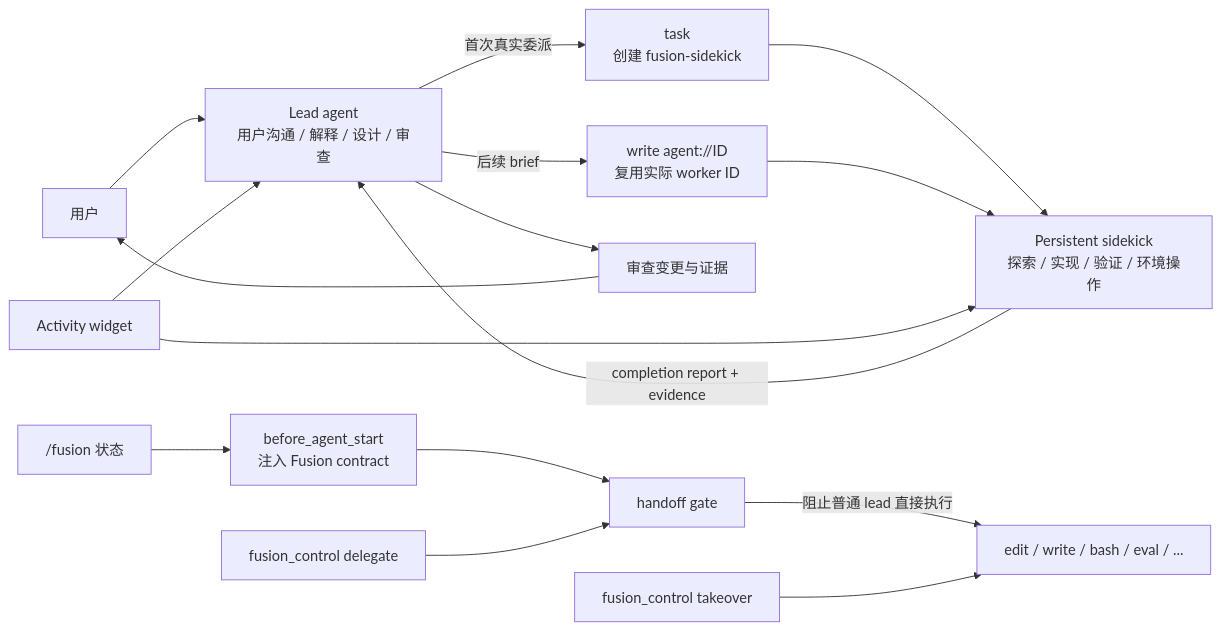
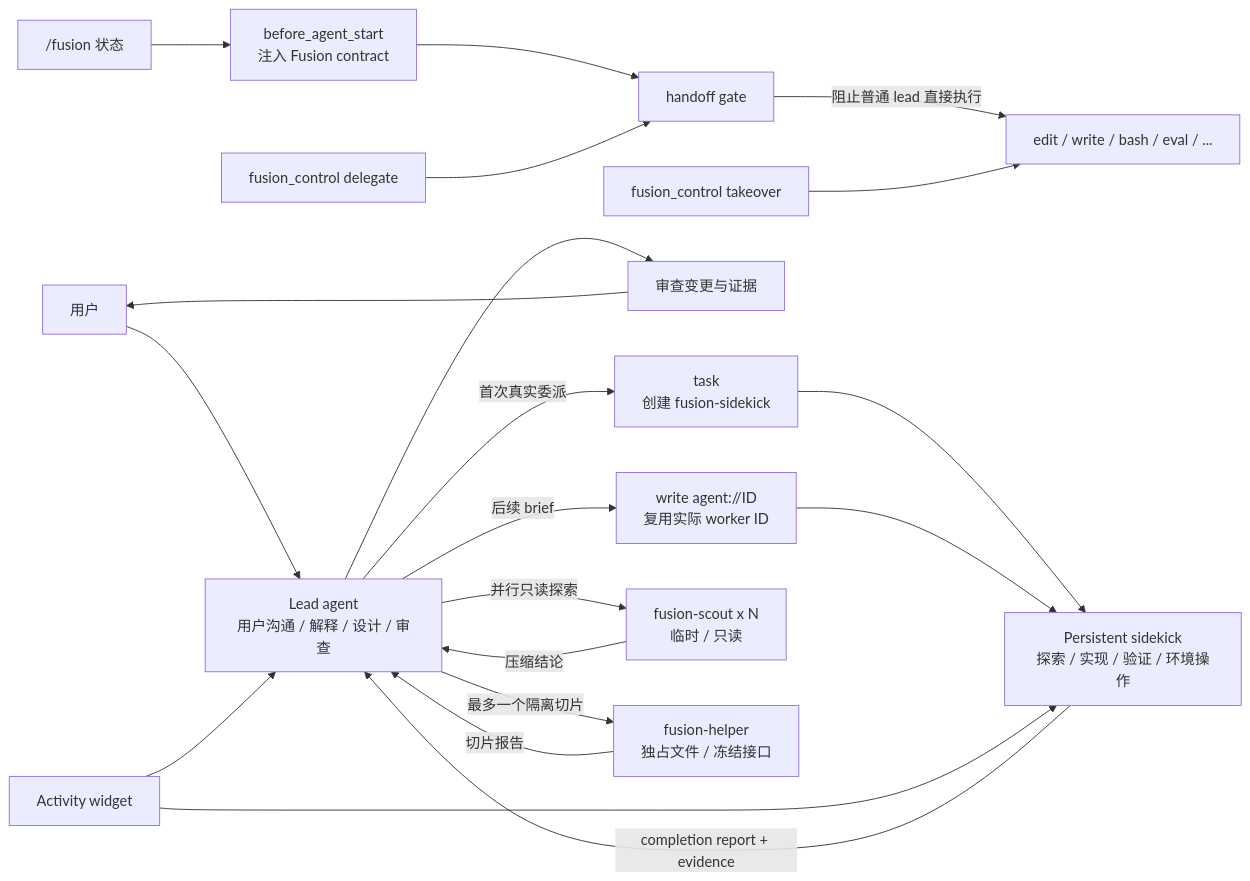
One commit to Aono255/omp-fusion changed the diagram in README.zh-CN.md. Above: the diagram before and after it, drawn with Mermaid. The commit also changed other lines of this file and 5 other files, not shown here.

````diff
--- a/README.zh-CN.md
+++ b/README.zh-CN.md
@@ -79,19 +79,23 @@
 ```mermaid
 flowchart LR
     U["用户"] --> L["Lead agent<br/>用户沟通 / 解释 / 设计 / 审查"]
     L -->|首次真实委派| T["task<br/>创建 fusion-sidekick"]
     T --> S["Persistent sidekick<br/>探索 / 实现 / 验证 / 环境操作"]
     L -->|后续 brief| H["write agent://ID<br/>复用实际 worker ID"]
     H --> S
     S -->|completion report + evidence| L
     L --> R["审查变更与证据"]
     R --> U
 
     F["/fusion 状态"] --> P["before_agent_start<br/>注入 Fusion contract"]
     P --> G["handoff gate"]
     G -->|阻止普通 lead 直接执行| X["edit / write / bash / eval / ..."]
     C["fusion_control takeover"] --> X
     C2["fusion_control delegate"] --> G
+    L -->|并行只读探索| SC["fusion-scout x N<br/>临时 / 只读"]
+    SC -->|压缩结论| L
+    L -->|最多一个隔离切片| HP["fusion-helper<br/>独占文件 / 冻结接口"]
+    HP -->|切片报告| L
     W["Activity widget"] --> L
     W --> S
 ```
````
